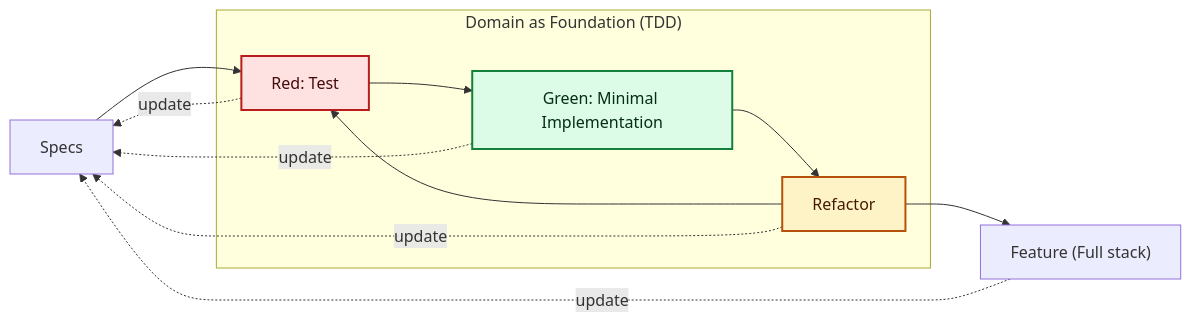
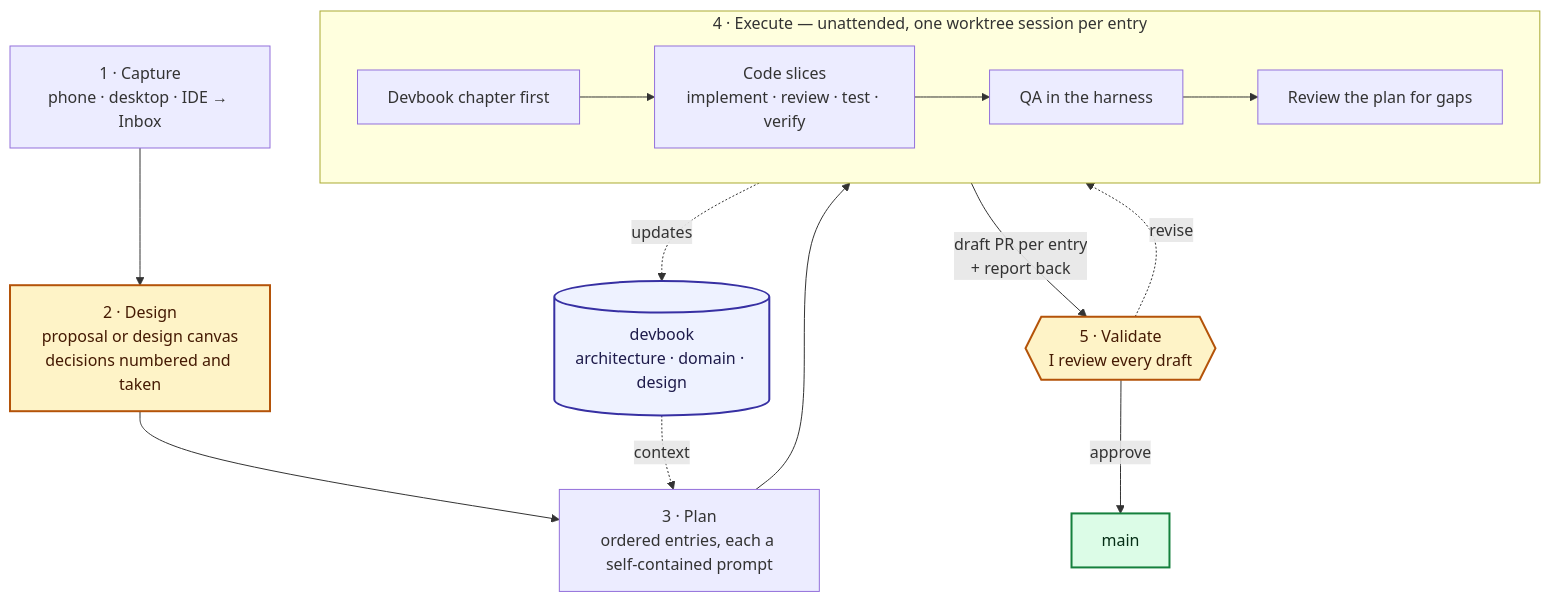
One commit to JSdotNet/JSdotNet changed the first of 2 diagrams in README.md. Above: the diagram before and after it, drawn with Mermaid. The commit also changed other lines of this file, not shown here.

````diff
--- a/README.md
+++ b/README.md
@@ -35,25 +30,27 @@
 ```mermaid
-flowchart LR
-  A[Specs] --> T1
+flowchart TB
+  CAP["1 · Capture<br/>phone · desktop · IDE → Inbox"] --> DES
+  DES["2 · Design<br/>proposal or design canvas<br/>decisions numbered and taken"] --> PLAN
+  PLAN["3 · Plan<br/>ordered entries, each a self-contained prompt"] --> EXE
 
-  subgraph D["Domain as Foundation (TDD)"]
-    T1[Red: Test] --> T2[Green: Minimal Implementation]
-    T2 --> T3[Refactor]
-    T3 --> T1
+  subgraph EXE["4 · Execute — unattended, one worktree session per entry"]
+    direction LR
+    E1["Devbook chapter first"] --> E2["Code slices<br/>implement · review · test · verify"]
+    E2 --> E3["QA in the harness"] --> E4["Review the plan for gaps"]
   end
 
-  C["Feature (Full stack)"]
-  T3 --> C
+  EXE -->|"draft PR per entry<br/>+ report back"| PV{{"5 · Validate<br/>I review every draft"}}
+  PV -->|approve| MAIN["main"]
+  PV -.->|revise| EXE
 
-  T1 -. update .-> A
-  T2 -. update .-> A
-  T3 -. update .-> A
-  C -. update .-> A
+  DB[("devbook<br/>architecture · domain · design")]
+  DB -. context .-> PLAN
+  E1 -. updates .-> DB
 
-  classDef tddRed fill:#FEE2E2,stroke:#B91C1C,stroke-width:2px,color:#450A0A;
-  classDef tddGreen fill:#DCFCE7,stroke:#15803D,stroke-width:2px,color:#052E16;
-  classDef tddRefactor fill:#FEF3C7,stroke:#B45309,stroke-width:2px,color:#451A03;
-  class T1 tddRed;
-  class T2 tddGreen;
-  class T3 tddRefactor;
+  classDef me fill:#FEF3C7,stroke:#B45309,stroke-width:2px,color:#451A03;
+  classDef docs fill:#EEF2FF,stroke:#3730A3,stroke-width:2px,color:#1E1B4B;
+  classDef done fill:#DCFCE7,stroke:#15803D,stroke-width:2px,color:#052E16;
+  class DES,PV me;
+  class DB docs;
+  class MAIN done;
 ```
````
